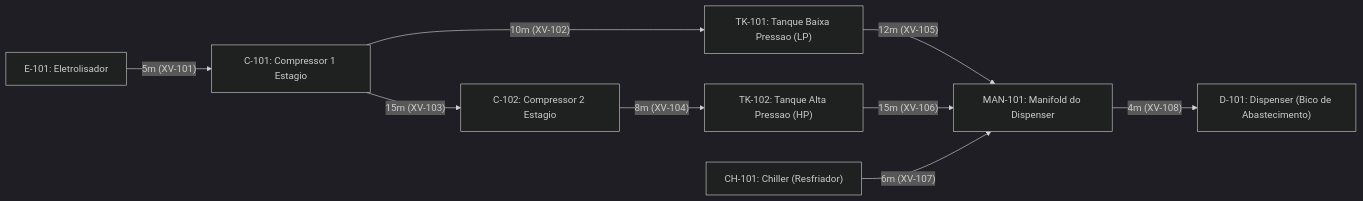
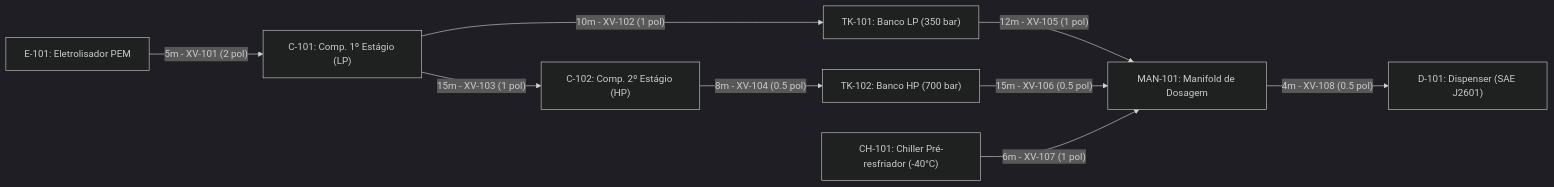
The diagram in etapa-02-grafos/11 - Modelagem da Tubulacao e Instrumentos como Grafo.md (leovarconrenno/Estacao-de-Reabastecimento-de-Hidrogenio---SCADA-Core), drawn with Mermaid (dark theme) before and after one commit. The commit also changed other lines of this file and 3 other files, not shown here.

````diff
--- a/etapa-02-grafos/11 - Modelagem da Tubulacao e Instrumentos como Grafo.md
+++ b/etapa-02-grafos/11 - Modelagem da Tubulacao e Instrumentos como Grafo.md
@@ -13,11 +13,11 @@
 ```mermaid
 graph LR
-    E101["E-101: Eletrolisador"] -->|"5m (XV-101)"| C101["C-101: Compressor 1 Estagio"]
-    C101 -->|"10m (XV-102)"| TK101["TK-101: Tanque Baixa Pressao (LP)"]
-    C101 -->|"15m (XV-103)"| C102["C-102: Compressor 2 Estagio"]
-    C102 -->|"8m (XV-104)"| TK102["TK-102: Tanque Alta Pressao (HP)"]
-    TK101 -->|"12m (XV-105)"| MAN101["MAN-101: Manifold do Dispenser"]
-    TK102 -->|"15m (XV-106)"| MAN101
-    CH101["CH-101: Chiller (Resfriador)"] -->|"6m (XV-107)"| MAN101
-    MAN101 -->|"4m (XV-108)"| D101["D-101: Dispenser (Bico de Abastecimento)"]
+    E101["E-101: Eletrolisador PEM"] -->|"5m - XV-101 (2 pol)"| C101["C-101: Comp. 1º Estágio (LP)"]
+    C101 -->|"10m - XV-102 (1 pol)"| TK101["TK-101: Banco LP (350 bar)"]
+    C101 -->|"15m - XV-103 (1 pol)"| C102["C-102: Comp. 2º Estágio (HP)"]
+    C102 -->|"8m - XV-104 (0.5 pol)"| TK102["TK-102: Banco HP (700 bar)"]
+    TK101 -->|"12m - XV-105 (1 pol)"| MAN101["MAN-101: Manifold de Dosagem"]
+    TK102 -->|"15m - XV-106 (0.5 pol)"| MAN101
+    CH101["CH-101: Chiller Pré-resfriador (-40°C)"] -->|"6m - XV-107 (1 pol)"| MAN101
+    MAN101 -->|"4m - XV-108 (0.5 pol)"| D101["D-101: Dispenser (SAE J2601)"]
 ```
````
